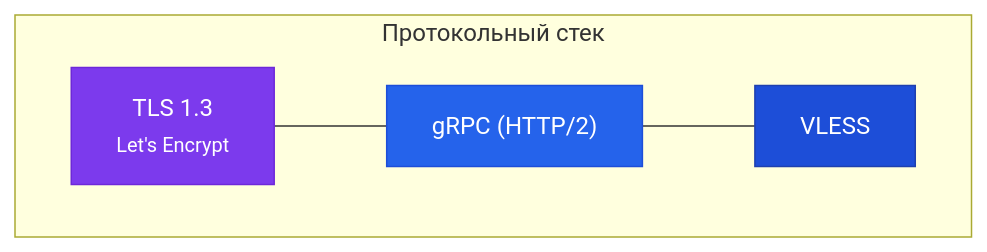
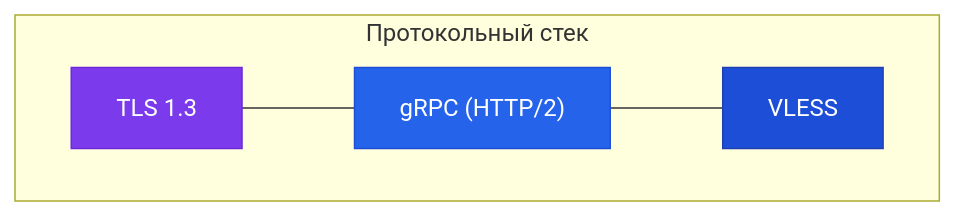
Before and after one commit to SigilGate/SigilGate.github.io: the third of 3 diagrams in content/docs/architecture/data_plane.md, drawn with Mermaid. The commit also changed other lines of this file and 27 other files, not shown here.

```diff
--- a/content/docs/architecture/data_plane.md
+++ b/content/docs/architecture/data_plane.md
@@ -57,15 +88,15 @@
 {{< mermaid >}}
 graph TB
     subgraph "Протокольный стек"
-        TLS["TLS 1.3<br/><small>Let's Encrypt</small>"]
+        TLS["TLS 1.3"]
         gRPC["gRPC (HTTP/2)"]
         VLESS["VLESS"]
     end
 
     TLS --- gRPC
     gRPC --- VLESS
 
     style TLS fill:#7c3aed,color:#fff,stroke:#6d28d9
     style gRPC fill:#2563eb,color:#fff,stroke:#1d4ed8
     style VLESS fill:#1d4ed8,color:#fff,stroke:#1e40af
 {{< /mermaid >}}
```
